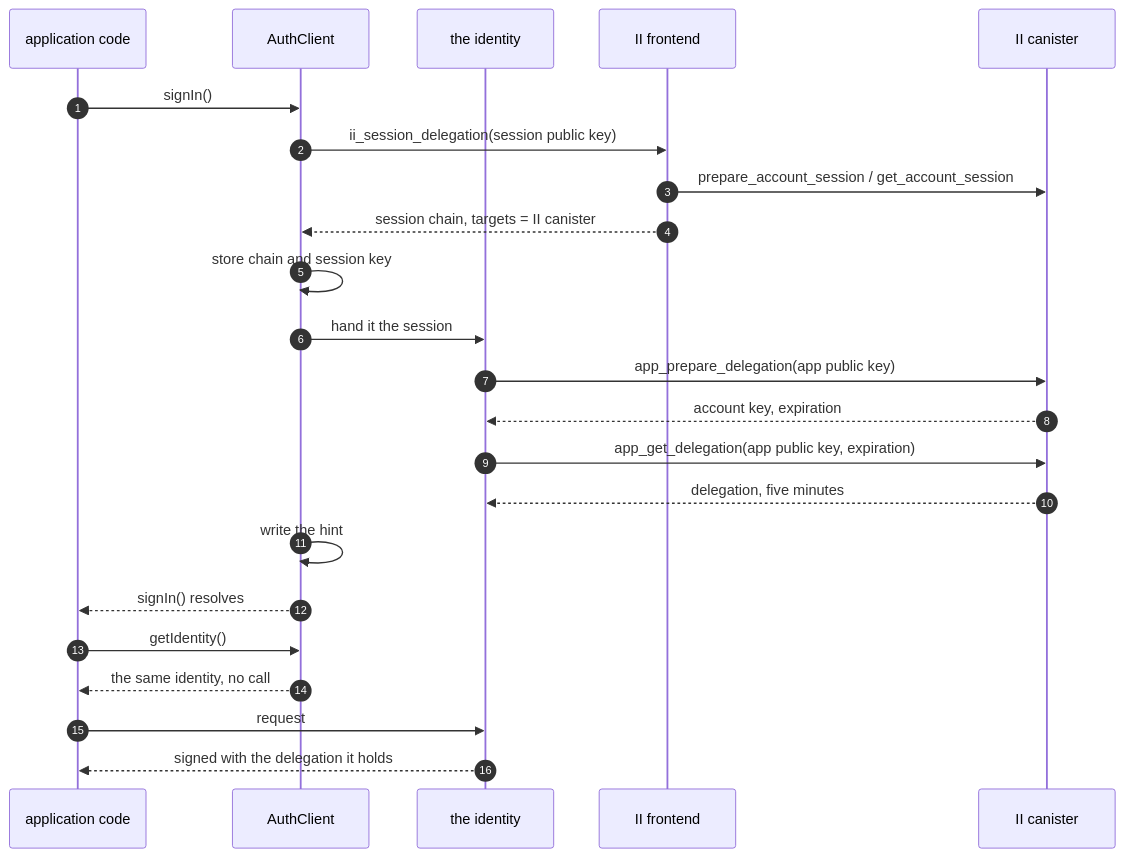
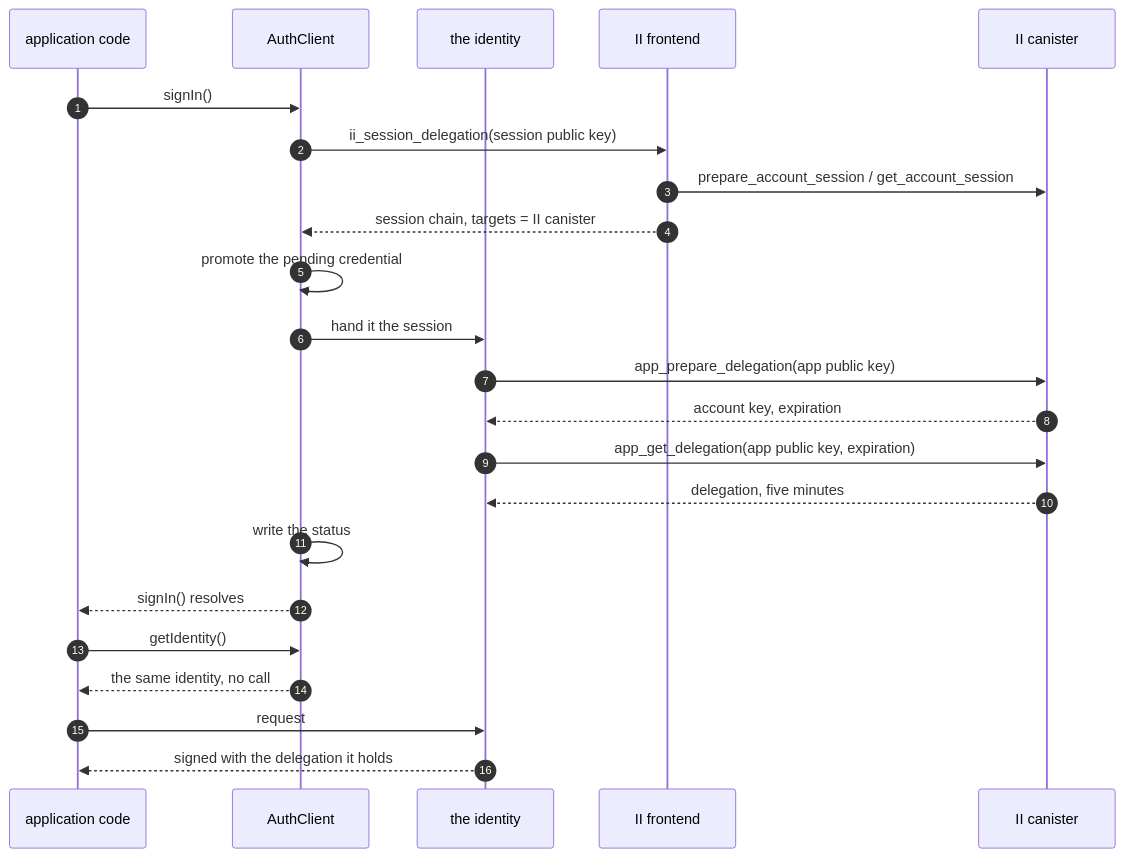
Before and after one commit to dfinity/internet-identity: the first of 3 diagrams in docs/ongoing/client-app-sessions-spec.md, drawn with Mermaid. The commit also changed other lines of this file and 1 other file, not shown here.

First line of the commit message:
docs: one credential store, and a published status beside it

````diff
--- a/docs/ongoing/client-app-sessions-spec.md
+++ b/docs/ongoing/client-app-sessions-spec.md
@@ -32,27 +32,27 @@
 ```mermaid
 sequenceDiagram
     autonumber
     participant App as application code
     participant AC as AuthClient
     participant Id as the identity
     participant IIF as II frontend
     participant IIC as II canister
 
     App->>AC: signIn()
     AC->>IIF: ii_session_delegation(session public key)
     IIF->>IIC: prepare_account_session / get_account_session
     IIF-->>AC: session chain, targets = II canister
-    AC->>AC: store chain and session key
+    AC->>AC: promote the pending credential
     AC->>Id: hand it the session
     Id->>IIC: app_prepare_delegation(app public key)
     IIC-->>Id: account key, expiration
     Id->>IIC: app_get_delegation(app public key, expiration)
     IIC-->>Id: delegation, five minutes
-    AC->>AC: write the hint
+    AC->>AC: write the status
     AC-->>App: signIn() resolves
 
     App->>AC: getIdentity()
     AC-->>App: the same identity, no call
     App->>Id: request
     Id-->>App: signed with the delegation it holds
 ```
````
